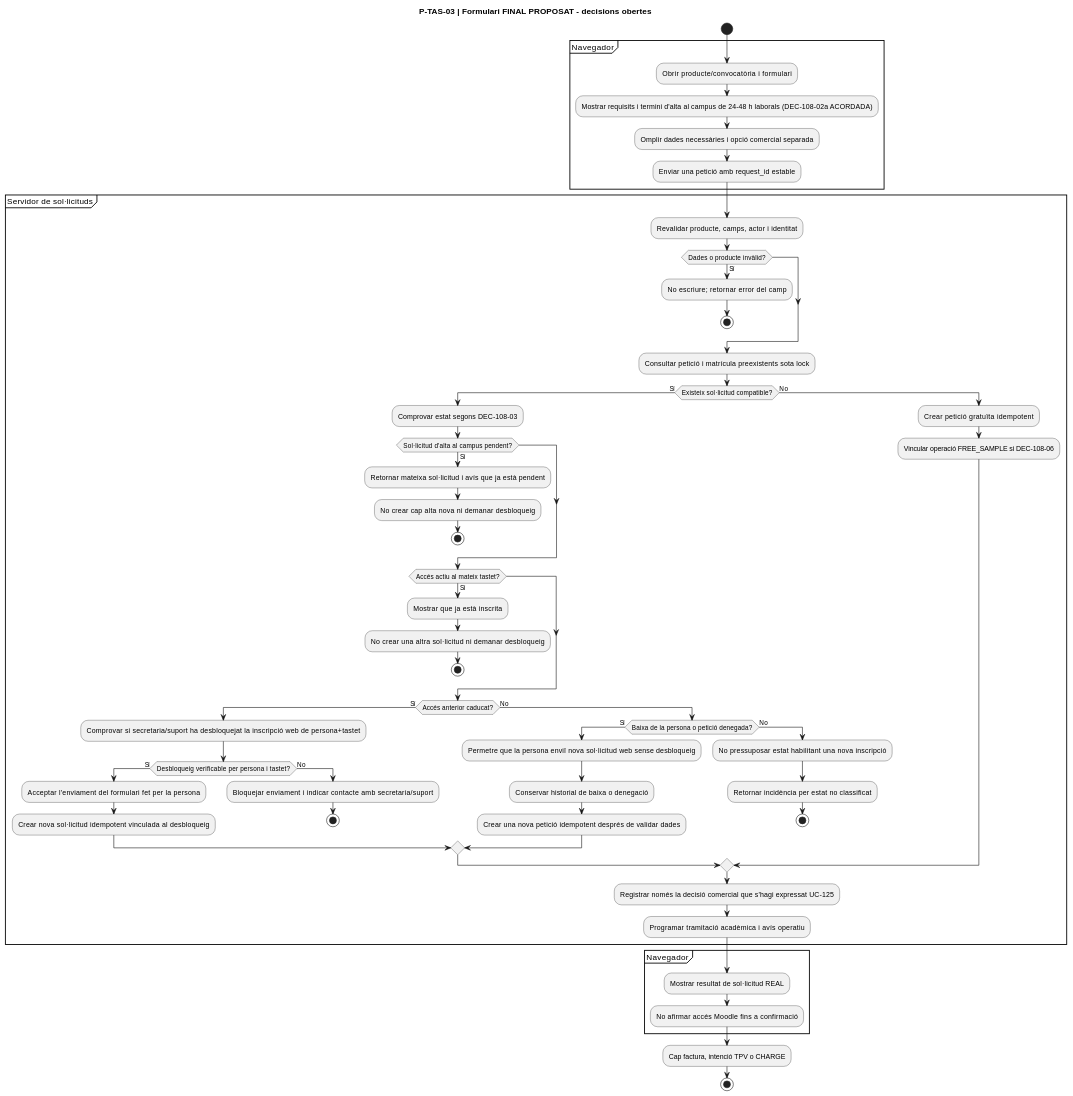
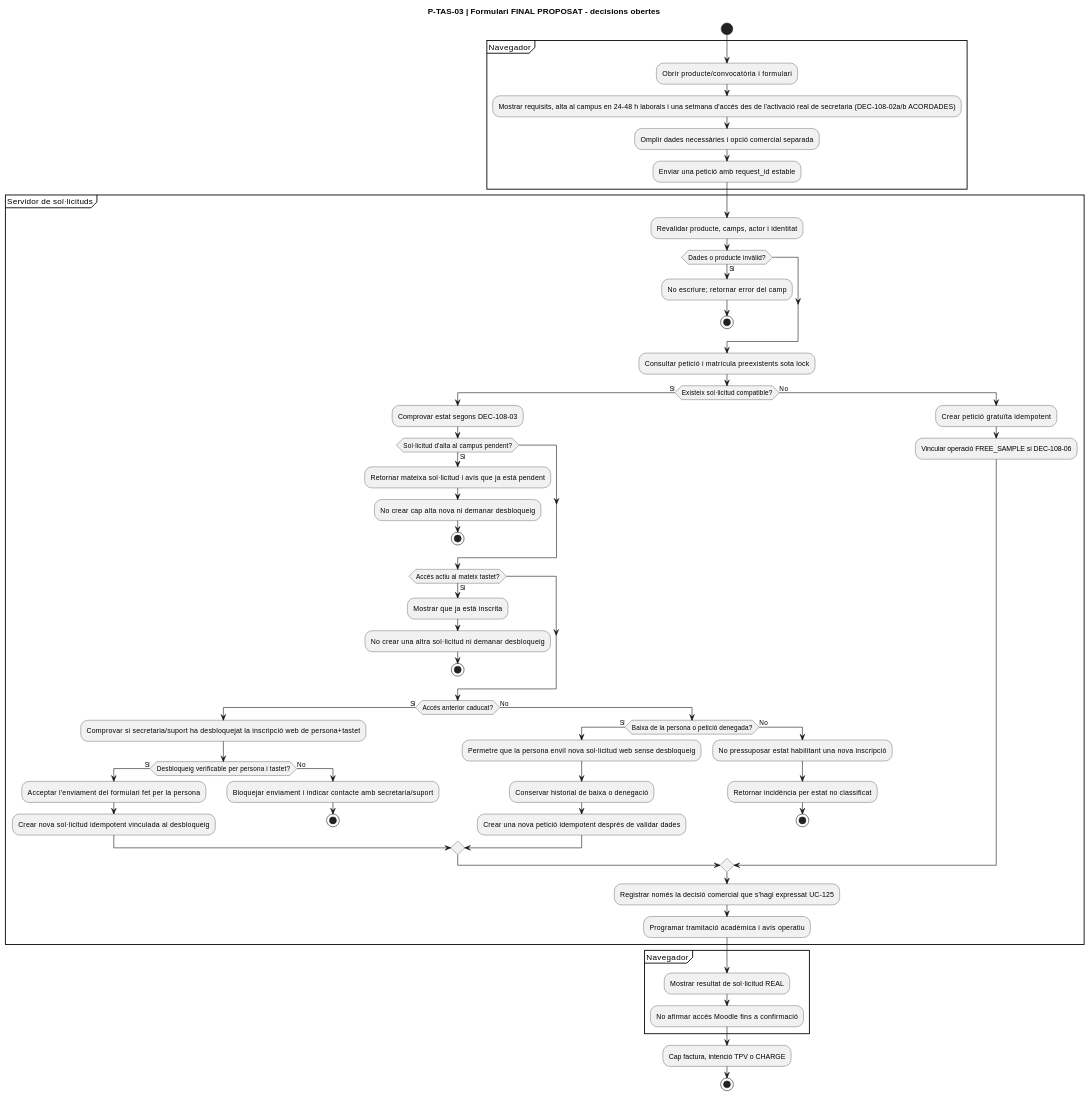
Diagram 16 of 32 in documentacio/07-uml-integrat/uc-108-activitats-pagines-tastets-actual-final.md (orgmeriemprismacat-del/verifactu), drawn with PlantUML before and after one commit. The commit also changed other lines of this file, not shown here.

Commit message:
docs: agree UC-108 one-week campus access from actual secretariat activation

````diff
--- a/documentacio/07-uml-integrat/uc-108-activitats-pagines-tastets-actual-final.md
+++ b/documentacio/07-uml-integrat/uc-108-activitats-pagines-tastets-actual-final.md
@@ -367,64 +367,64 @@
 ```plantuml
 @startuml
 title P-TAS-03 | Formulari FINAL PROPOSAT - decisions obertes
 start
 partition "Navegador" {
   :Obrir producte/convocatòria i formulari;
-  :Mostrar requisits i termini d'alta al campus de 24–48 h laborals (DEC-108-02a ACORDADA);
+  :Mostrar requisits, alta al campus en 24–48 h laborals i una setmana d'accés des de l'activació real de secretaria (DEC-108-02a/b ACORDADES);
   :Omplir dades necessàries i opció comercial separada;
   :Enviar una petició amb request_id estable;
 }
 partition "Servidor de sol·licituds" {
   :Revalidar producte, camps, actor i identitat;
   if (Dades o producte invàlid?) then (Sí)
     :No escriure; retornar error del camp;
     stop
   endif
   :Consultar petició i matrícula preexistents sota lock;
   if (Existeix sol·licitud compatible?) then (Sí)
     :Comprovar estat segons DEC-108-03;
     if (Sol·licitud d'alta al campus pendent?) then (Sí)
       :Retornar mateixa sol·licitud i avís que ja està pendent;
       :No crear cap alta nova ni demanar desbloqueig;
       stop
     endif
     if (Accés actiu al mateix tastet?) then (Sí)
       :Mostrar que ja està inscrita;
       :No crear una altra sol·licitud ni demanar desbloqueig;
       stop
     endif
     if (Accés anterior caducat?) then (Sí)
       :Comprovar si secretaria/suport ha desbloquejat la inscripció web de persona+tastet;
       if (Desbloqueig verificable per persona i tastet?) then (Sí)
         :Acceptar l'enviament del formulari fet per la persona;
         :Crear nova sol·licitud idempotent vinculada al desbloqueig;
       else (No)
         :Bloquejar enviament i indicar contacte amb secretaria/suport;
         stop
       endif
     else (No)
       if (Baixa de la persona o petició denegada?) then (Sí)
         :Permetre que la persona enviï nova sol·licitud web sense desbloqueig;
         :Conservar historial de baixa o denegació;
         :Crear una nova petició idempotent després de validar dades;
       else (No)
         :No pressuposar estat habilitant una nova inscripció;
         :Retornar incidència per estat no classificat;
         stop
       endif
     endif
   else (No)
     :Crear petició gratuïta idempotent;
     :Vincular operació FREE_SAMPLE si DEC-108-06;
   endif
   :Registrar només la decisió comercial que s'hagi expressat UC-125;
   :Programar tramitació acadèmica i avís operatiu;
 }
 partition "Navegador" {
   :Mostrar resultat de sol·licitud REAL;
   :No afirmar accés Moodle fins a confirmació;
 }
 :Cap factura, intenció TPV o CHARGE;
 stop
 @enduml
 ```
````
